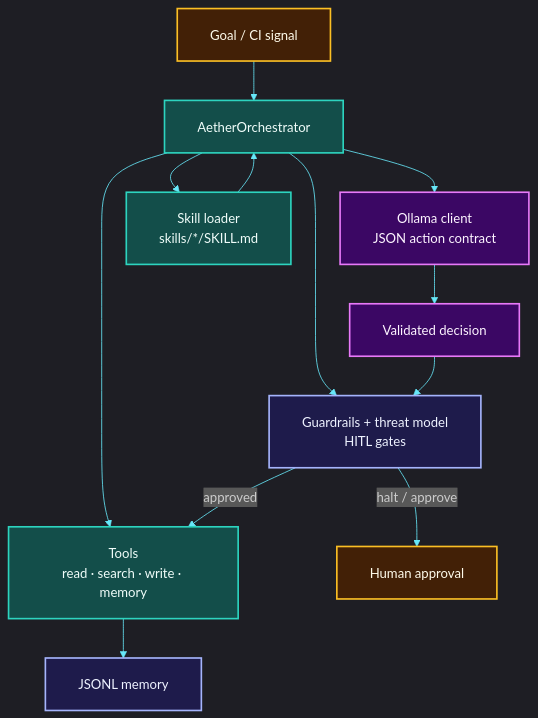
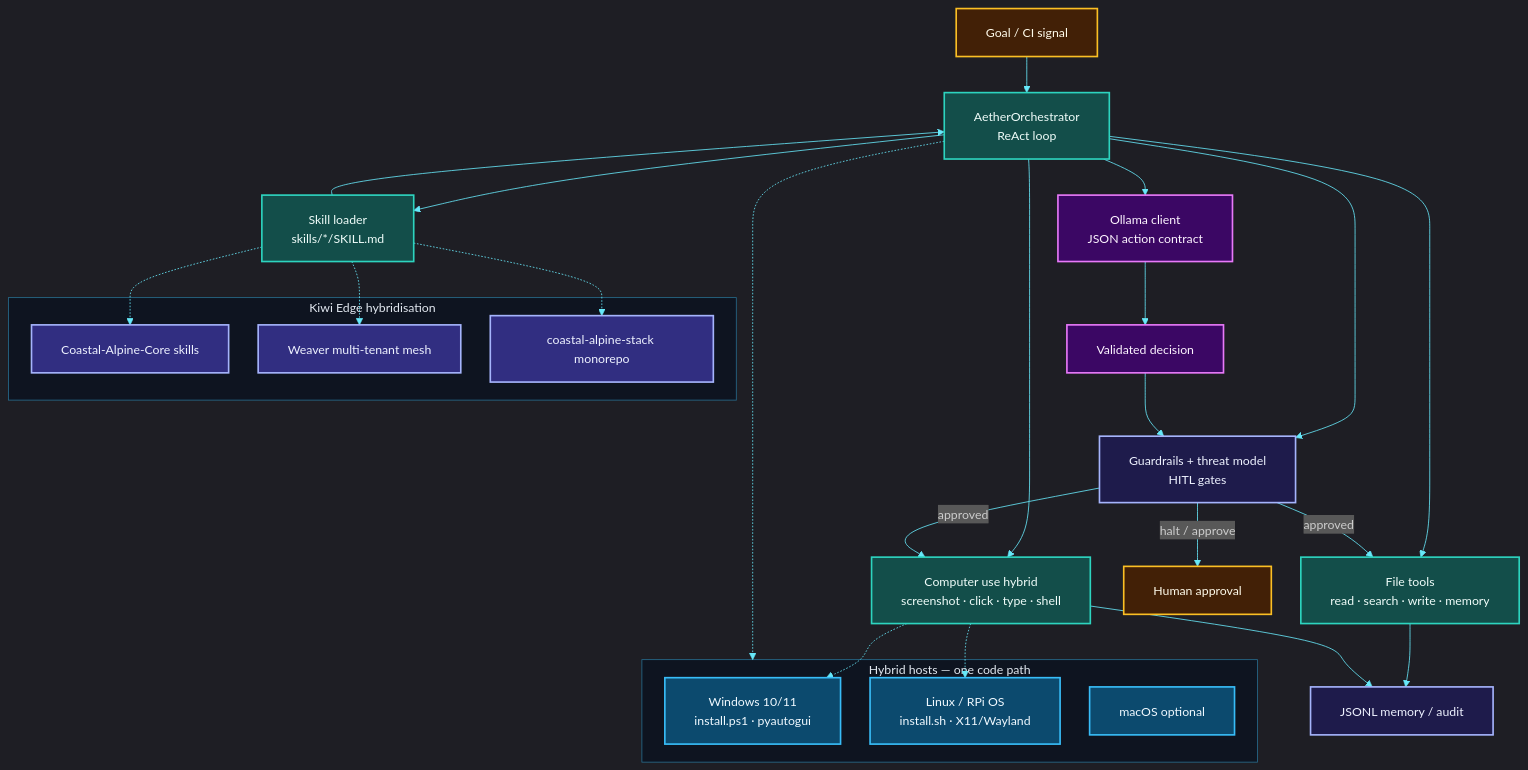
Before and after one commit to fivepanelhat/Aether: the diagram in README.md, drawn with Mermaid. The commit also changed other lines of this file and 4 other files, not shown here.

First line of the commit message:
docs: hybridise diagrams and dual-platform install for Windows + Linux

````diff
--- a/README.md
+++ b/README.md
@@ -21,52 +21,73 @@
 ```mermaid
 %%{init: {
   "theme": "dark",
   "themeVariables": {
-    "fontSize": "16px",
+    "fontSize": "15px",
     "fontFamily": "Inter, ui-sans-serif, system-ui, sans-serif",
     "primaryColor": "#0ea5e9",
     "primaryTextColor": "#f8fafc",
     "primaryBorderColor": "#38bdf8",
     "lineColor": "#67e8f9",
     "secondaryColor": "#1e293b",
     "tertiaryColor": "#0f172a",
     "clusterBkg": "#0b1220cc",
     "clusterBorder": "#38bdf880",
     "titleColor": "#e2e8f0"
   },
   "flowchart": {
-    "nodeSpacing": 40,
-    "rankSpacing": 48,
-    "padding": 20,
+    "nodeSpacing": 36,
+    "rankSpacing": 44,
+    "padding": 18,
     "htmlLabels": true,
-    "curve": "basis"
+    "curve": "basis",
+    "useMaxWidth": true
   }
 }}%%
 flowchart TB
 
-    classDef sense fill:#052e16,stroke:#4ade80,stroke-width:2px,color:#f0fdf4
-    classDef edge fill:#0c4a6e,stroke:#38bdf8,stroke-width:2px,color:#f0f9ff
+    classDef act fill:#422006,stroke:#fbbf24,stroke-width:2px,color:#fffbeb
     classDef core fill:#134e4a,stroke:#2dd4bf,stroke-width:2px,color:#f0fdfa
-    classDef act fill:#422006,stroke:#fbbf24,stroke-width:2px,color:#fffbeb
+    classDef ai fill:#3b0764,stroke:#e879f9,stroke-width:2px,color:#fdf4ff
     classDef store fill:#1e1b4b,stroke:#a5b4fc,stroke-width:2px,color:#eef2ff
-    classDef ai fill:#3b0764,stroke:#e879f9,stroke-width:2px,color:#fdf4ff
-    classDef app fill:#1e1b4b,stroke:#c4b5fd,stroke-width:2px,color:#eef2ff
+    classDef host fill:#0c4a6e,stroke:#38bdf8,stroke-width:2px,color:#f0f9ff
+    classDef desk fill:#052e16,stroke:#4ade80,stroke-width:2px,color:#f0fdf4
+    classDef stack fill:#312e81,stroke:#a5b4fc,stroke-width:2px,color:#eef2ff
 
-    G["Goal / CI signal"] --> ORCH["AetherOrchestrator"]
+    G["Goal / CI signal"] --> ORCH["AetherOrchestrator<br/>ReAct loop"]
     ORCH --> LLM["Ollama client<br/>JSON action contract"]
     ORCH --> SK["Skill loader<br/>skills/*/SKILL.md"]
-    ORCH --> TL["Tools<br/>read · search · write · memory"]
+    ORCH --> TL["File tools<br/>read · search · write · memory"]
+    ORCH --> CU["Computer use hybrid<br/>screenshot · click · type · shell"]
     ORCH --> GR["Guardrails + threat model<br/>HITL gates"]
     LLM --> DEC["Validated decision"]
     DEC --> GR
     GR -->|approved| TL
+    GR -->|approved| CU
     GR -->|halt / approve| HITL["Human approval"]
-    TL --> MEM["JSONL memory"]
+    TL --> MEM["JSONL memory / audit"]
+    CU --> MEM
     SK --> ORCH
 
+    subgraph HOSTS["Hybrid hosts — one code path"]
+        WIN["Windows 10/11<br/>install.ps1 · pyautogui"]
+        LIN["Linux / RPi OS<br/>install.sh · X11/Wayland"]
+        MAC["macOS optional"]
+    end
+
+    subgraph STACK["Kiwi Edge hybridisation"]
+        CORE["Coastal-Alpine-Core skills"]
+        WEA["Weaver multi-tenant mesh"]
+        CAS["coastal-alpine-stack monorepo"]
+    end
+
+    ORCH -.-> HOSTS
+    SK -.-> CORE & WEA & CAS
+    CU -.-> WIN & LIN
+
     class G,HITL act
-    class ORCH,SK,TL core
+    class ORCH,SK,TL,CU core
     class LLM,DEC ai
-    class GR store
-    class MEM store
+    class GR,MEM store
+    class WIN,LIN,MAC host
+    class CORE,WEA,CAS stack
 ```
````
